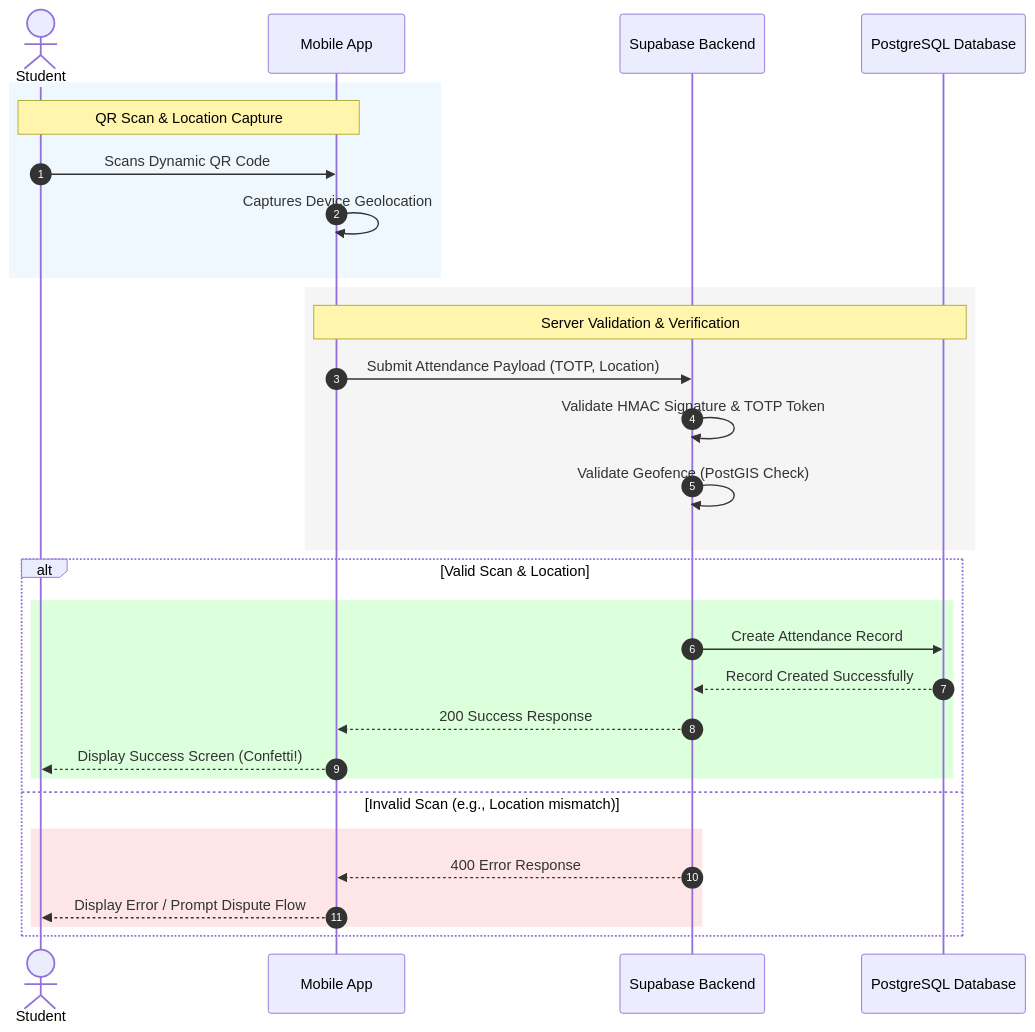
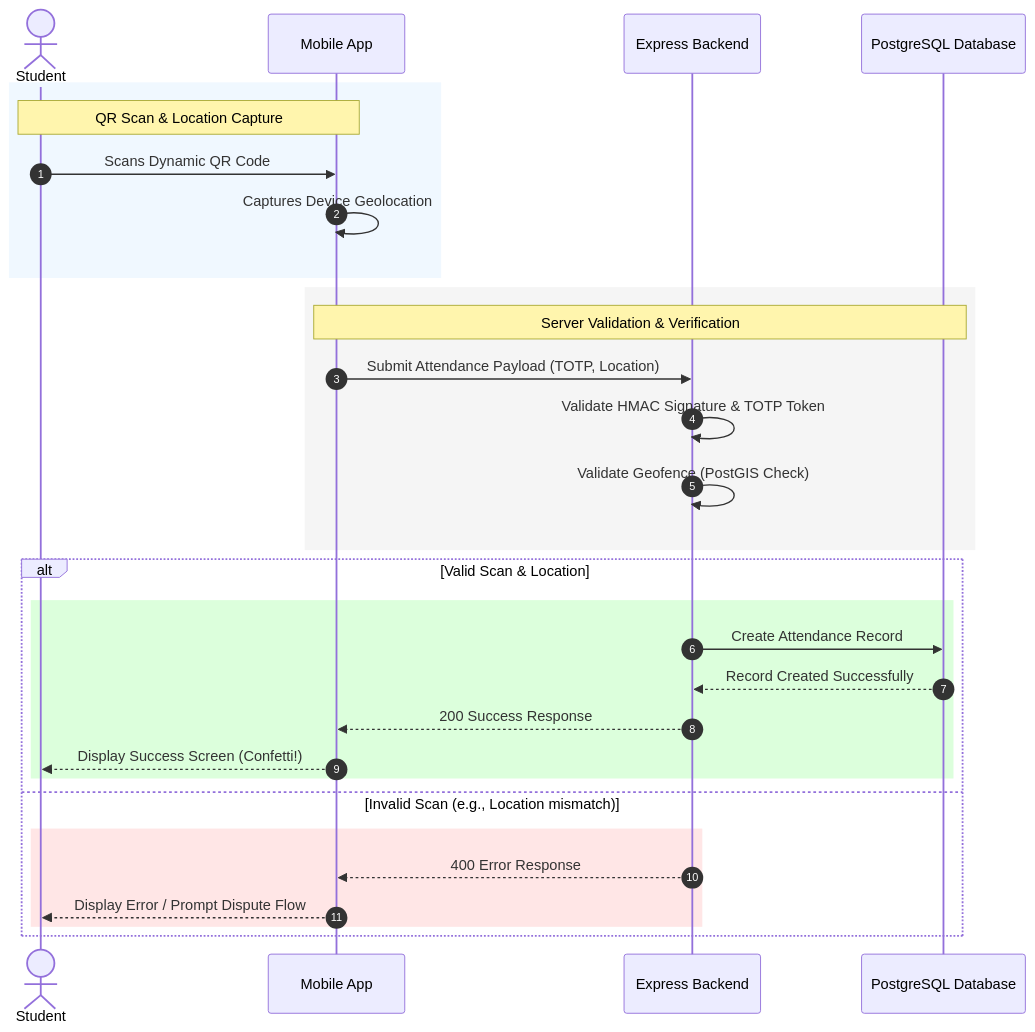
Before and after one commit to sohamdhande/nst-events-docs: the diagram in docs/diagrams/08-attendance-sequence.md, drawn with Mermaid. The commit also changed 77 other files, not shown here.

````diff
--- a/docs/diagrams/08-attendance-sequence.md
+++ b/docs/diagrams/08-attendance-sequence.md
@@ -5,35 +5,35 @@
 ```mermaid
 sequenceDiagram
     autonumber
     actor Student
     participant App as Mobile App
-    participant Backend as Supabase Backend
+    participant Backend as Express Backend
     participant DB as PostgreSQL Database
     
     rect rgb(240, 248, 255)
     Note over Student,App: QR Scan & Location Capture
     Student->>App: Scans Dynamic QR Code
     App->>App: Captures Device Geolocation
     end
     
     rect rgb(245, 245, 245)
     Note over App,DB: Server Validation & Verification
     App->>Backend: Submit Attendance Payload (TOTP, Location)
     Backend->>Backend: Validate HMAC Signature & TOTP Token
     Backend->>Backend: Validate Geofence (PostGIS Check)
     end
     
     alt Valid Scan & Location
         rect rgb(220, 255, 220)
         Backend->>DB: Create Attendance Record
         DB-->>Backend: Record Created Successfully
         Backend-->>App: 200 Success Response
         App-->>Student: Display Success Screen (Confetti!)
         end
     else Invalid Scan (e.g., Location mismatch)
         rect rgb(255, 230, 230)
         Backend-->>App: 400 Error Response
         App-->>Student: Display Error / Prompt Dispute Flow
         end
     end
 ```
````
